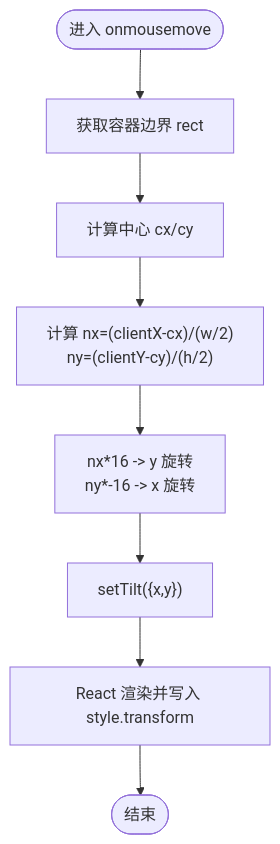
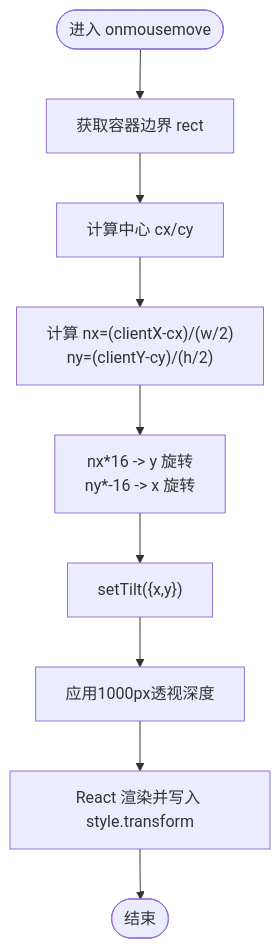
One commit to Primoguo/naolizhi.cn changed the third of 5 diagrams in .qoder/repowiki/zh/content/架构设计/组件架构/页面组件/Hero组件.md. Above: the diagram before and after it, drawn with Mermaid. The commit also changed other lines of this file and 23 other files, not shown here.

````diff
--- a/.qoder/repowiki/zh/content/架构设计/组件架构/页面组件/Hero组件.md
+++ b/.qoder/repowiki/zh/content/架构设计/组件架构/页面组件/Hero组件.md
@@ -99,10 +108,11 @@
 ```mermaid
 flowchart TD
 Start(["进入 onmousemove"]) --> GetRect["获取容器边界 rect"]
 GetRect --> Center["计算中心 cx/cy"]
 Center --> Normalize["计算 nx=(clientX-cx)/(w/2)<br/>ny=(clientY-cy)/(h/2)"]
 Normalize --> Scale["nx*16 -> y 旋转<br/>ny*-16 -> x 旋转"]
 Scale --> SetState["setTilt({x,y})"]
-SetState --> Render["React 渲染并写入 style.transform"]
+SetState --> ApplyPerspective["应用1000px透视深度"]
+ApplyPerspective --> Render["React 渲染并写入 style.transform"]
 Render --> End(["结束"])
 ```
````
